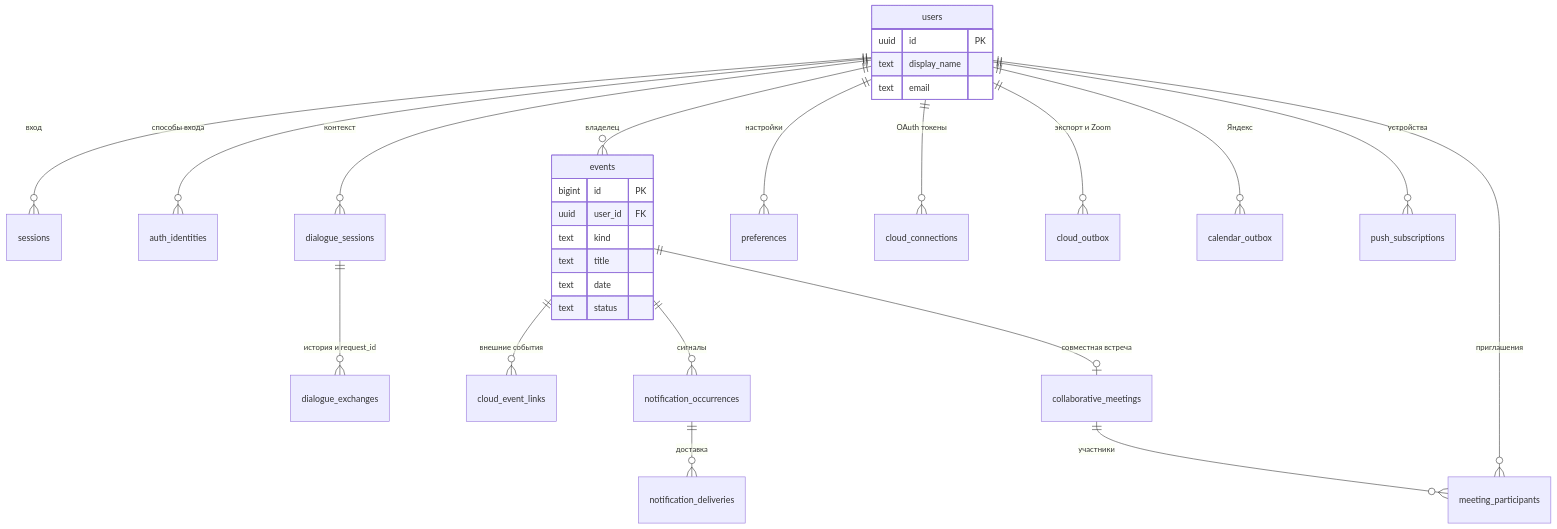
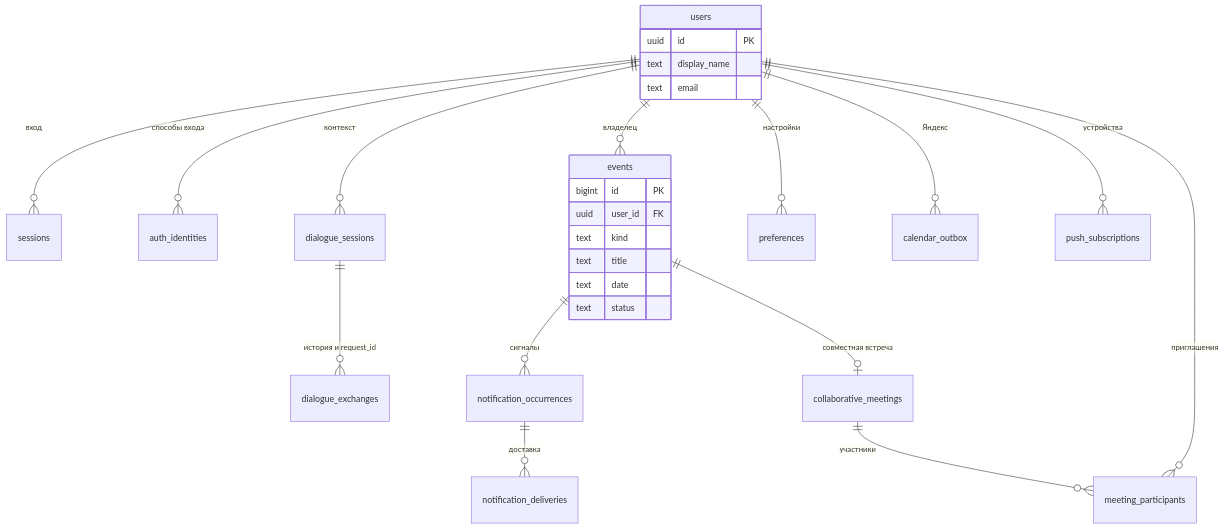
The diagram in docs/diagrams/data-model.mmd (NIDJEL/assistant-ai), drawn with Mermaid before and after one commit. The commit also changed 72 other files, not shown here.

```diff
--- a/docs/diagrams/data-model.mmd
+++ b/docs/diagrams/data-model.mmd
@@ -1,30 +1,27 @@
 erDiagram
     users ||--o{ sessions : "вход"
     users ||--o{ auth_identities : "способы входа"
     users ||--o{ events : "владелец"
     users ||--o{ dialogue_sessions : "контекст"
     dialogue_sessions ||--o{ dialogue_exchanges : "история и request_id"
     users ||--o{ preferences : "настройки"
-    users ||--o{ cloud_connections : "OAuth токены"
-    events ||--o{ cloud_event_links : "внешние события"
-    users ||--o{ cloud_outbox : "экспорт и Zoom"
     users ||--o{ calendar_outbox : "Яндекс"
     users ||--o{ push_subscriptions : "устройства"
     events ||--o{ notification_occurrences : "сигналы"
     notification_occurrences ||--o{ notification_deliveries : "доставка"
     events ||--o| collaborative_meetings : "совместная встреча"
     collaborative_meetings ||--o{ meeting_participants : "участники"
     users ||--o{ meeting_participants : "приглашения"
     users {
         uuid id PK
         text display_name
         text email
     }
     events {
         bigint id PK
         uuid user_id FK
         text kind
         text title
         text date
         text status
     }
```
